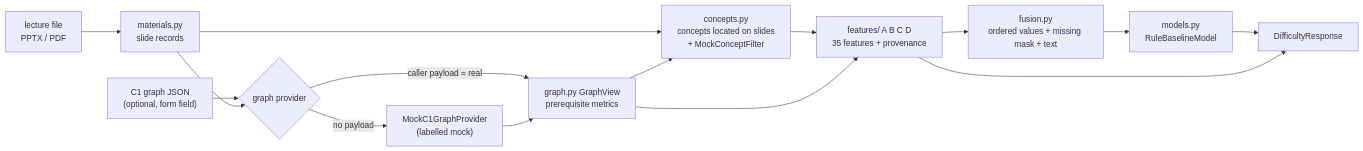
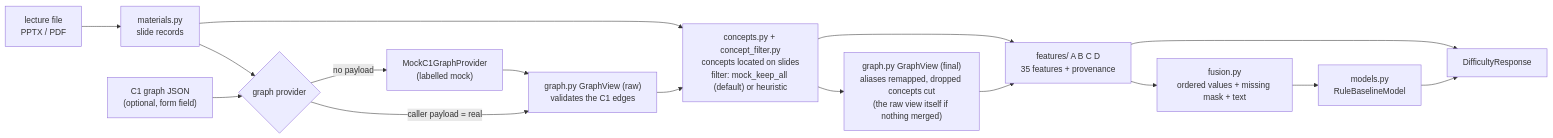
The diagram in docs/edusync/c2-difficulty.md (induranga2004/EduTwin-AI), drawn with Mermaid before and after one commit. The commit also changed other lines of this file and 3 other files, not shown here.

First line of the commit message:
docs(c2): document the concept filter, its measured quality and limits

````diff
--- a/docs/edusync/c2-difficulty.md
+++ b/docs/edusync/c2-difficulty.md
@@ -37,17 +37,18 @@
 ```mermaid
 flowchart LR
   F["lecture file<br/>PPTX / PDF"] --> M["materials.py<br/>slide records"]
   G["C1 graph JSON<br/>(optional, form field)"] --> P{"graph provider"}
   M --> P
-  P -->|caller payload = real| GV["graph.py GraphView<br/>prerequisite metrics"]
+  P -->|caller payload = real| GV["graph.py GraphView (raw)<br/>validates the C1 edges"]
   P -->|no payload| MK["MockC1GraphProvider<br/>(labelled mock)"]
   MK --> GV
-  M --> CO["concepts.py<br/>concepts located on slides<br/>+ MockConceptFilter"]
+  M --> CO["concepts.py + concept_filter.py<br/>concepts located on slides<br/>filter: mock_keep_all (default) or heuristic"]
   GV --> CO
-  CO --> FE["features/ A B C D<br/>35 features + provenance"]
-  GV --> FE
+  CO --> GF["graph.py GraphView (final)<br/>aliases remapped, dropped concepts cut<br/>(the raw view itself if nothing merged)"]
+  GF --> FE["features/ A B C D<br/>35 features + provenance"]
+  CO --> FE
   FE --> FU["fusion.py<br/>ordered values + missing mask + text"]
   FU --> MO["models.py<br/>RuleBaselineModel"]
   MO --> R["DifficultyResponse"]
   FE --> R
 ```
````
